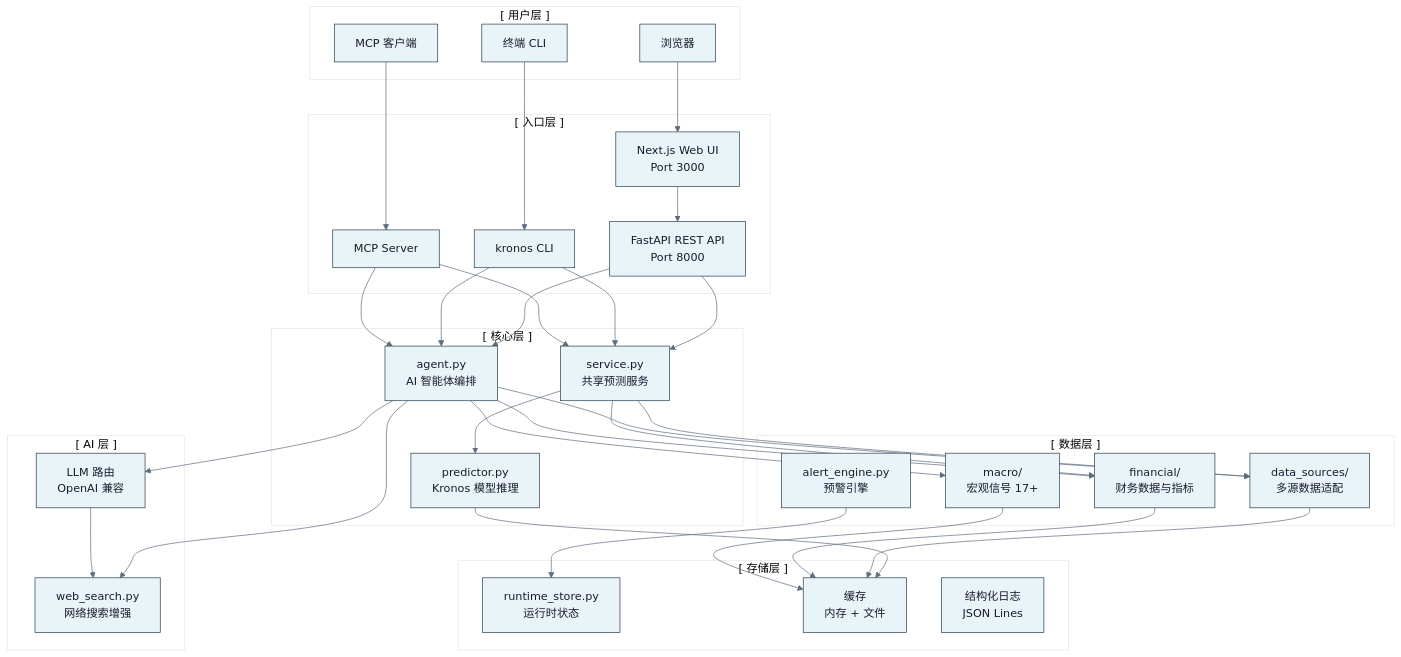
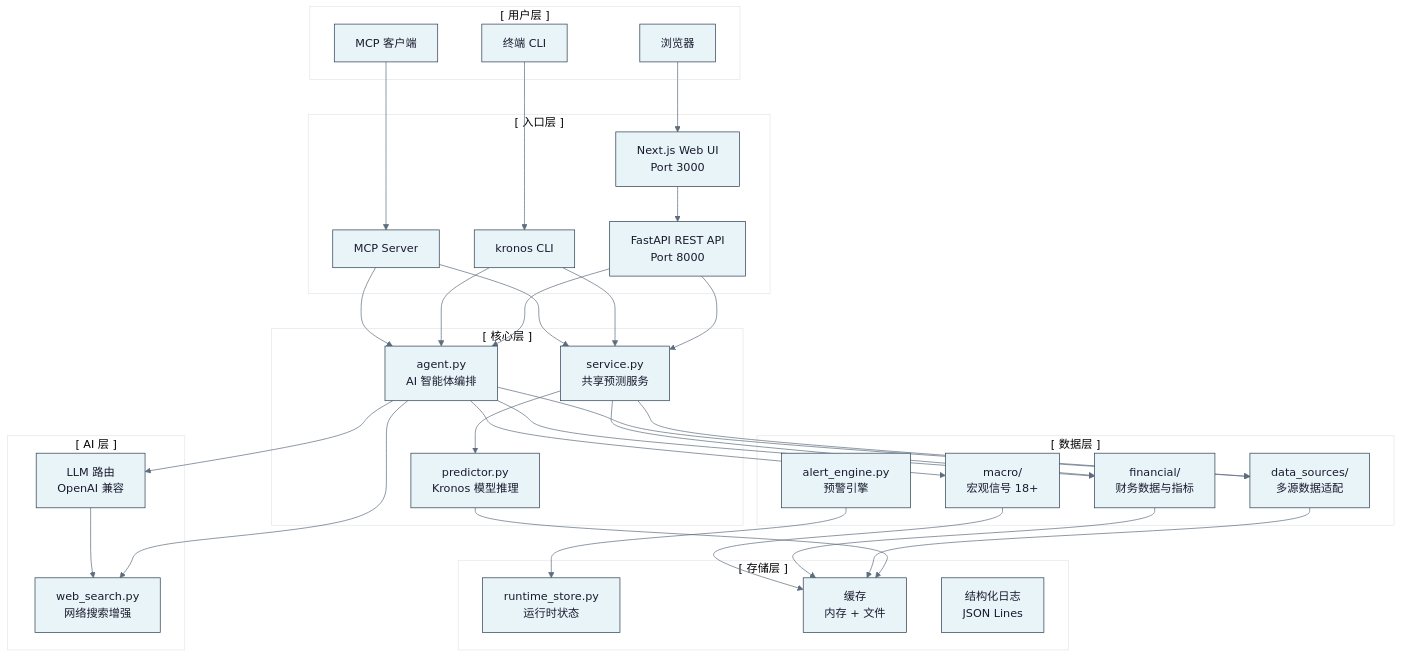
One commit to DDDFXYqiming/KronosFinceptLab changed the first of 9 diagrams in docs/ARCHITECTURE.md. Above: the diagram before and after it, drawn with Mermaid. The commit also changed other lines of this file and 19 other files, not shown here.

````diff
--- a/docs/ARCHITECTURE.md
+++ b/docs/ARCHITECTURE.md
@@ -33,70 +33,70 @@
 ```mermaid
 %%{init: {'theme': 'base', 'themeVariables': { 'primaryColor': '#e8f4f8', 'primaryTextColor': '#1a1a2e', 'primaryBorderColor': '#2c3e50', 'lineColor': '#5d6d7e', 'secondaryColor': '#f0f3f4', 'tertiaryColor': '#ffffff', 'fontFamily': 'monospace'}}}%%
 graph TB
     subgraph user["[ 用户层 ]"]
         Browser["浏览器"]
         Terminal["终端 CLI"]
         MCPClient["MCP 客户端"]
     end
 
     subgraph entry["[ 入口层 ]"]
         WebUI["Next.js Web UI\nPort 3000"]
         FastAPI["FastAPI REST API\nPort 8000"]
         CLI["kronos CLI"]
         MCPServer["MCP Server"]
     end
 
     subgraph core["[ 核心层 ]"]
         Service["service.py\n共享预测服务"]
         Agent["agent.py\nAI 智能体编排"]
         Predictor["predictor.py\nKronos 模型推理"]
     end
 
     subgraph data["[ 数据层 ]"]
         DataSources["data_sources/\n多源数据适配"]
         Financial["financial/\n财务数据与指标"]
-        Macro["macro/\n宏观信号 17+"]
+        Macro["macro/\n宏观信号 18+"]
         AlertEngine["alert_engine.py\n预警引擎"]
     end
 
     subgraph ai["[ AI 层 ]"]
         LLMRouter["LLM 路由\nOpenAI 兼容"]
         WebSearch["web_search.py\n网络搜索增强"]
     end
 
     subgraph storage["[ 存储层 ]"]
         RuntimeStore["runtime_store.py\n运行时状态"]
         Cache["缓存\n内存 + 文件"]
         Logs["结构化日志\nJSON Lines"]
     end
 
     Browser --> WebUI
     Terminal --> CLI
     MCPClient --> MCPServer
     WebUI --> FastAPI
     
     FastAPI --> Service
     FastAPI --> Agent
     CLI --> Service
     CLI --> Agent
     MCPServer --> Service
     MCPServer --> Agent
     
     Service --> Predictor
     Service --> DataSources
     Service --> Financial
     
     Agent --> LLMRouter
     Agent --> DataSources
     Agent --> Financial
     Agent --> Macro
     Agent --> WebSearch
     
     Predictor --> Cache
     DataSources --> Cache
     Financial --> Cache
     Macro --> Cache
     AlertEngine --> RuntimeStore
     
     LLMRouter --> WebSearch
 ```
````
